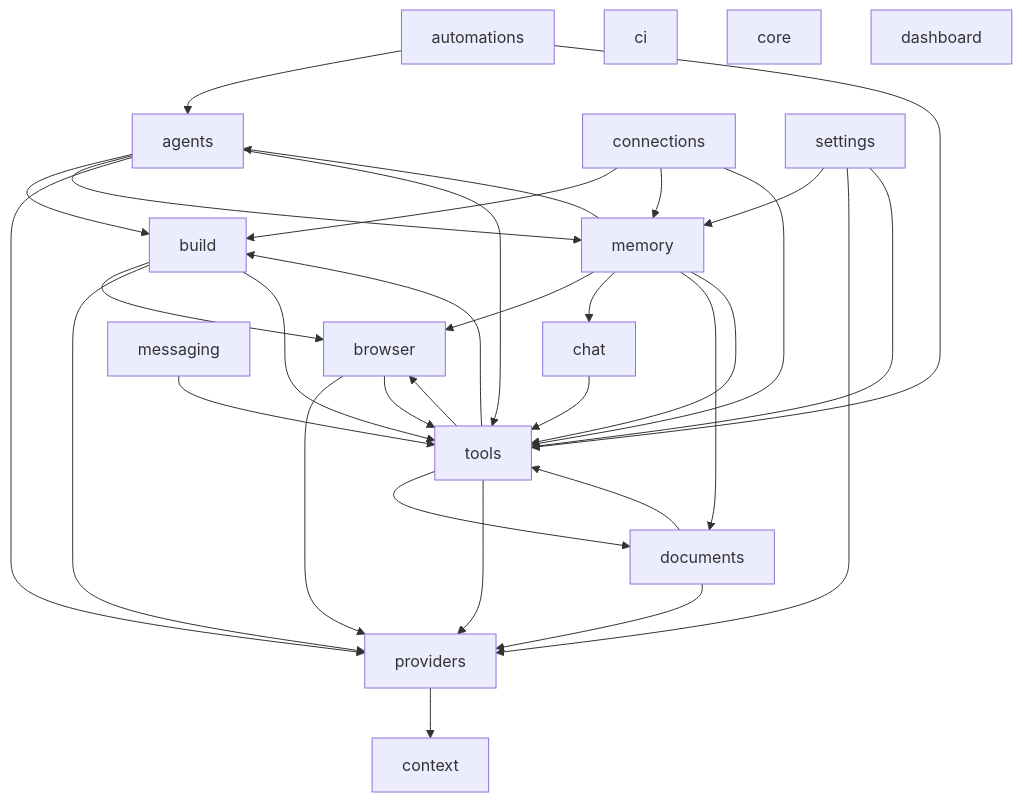
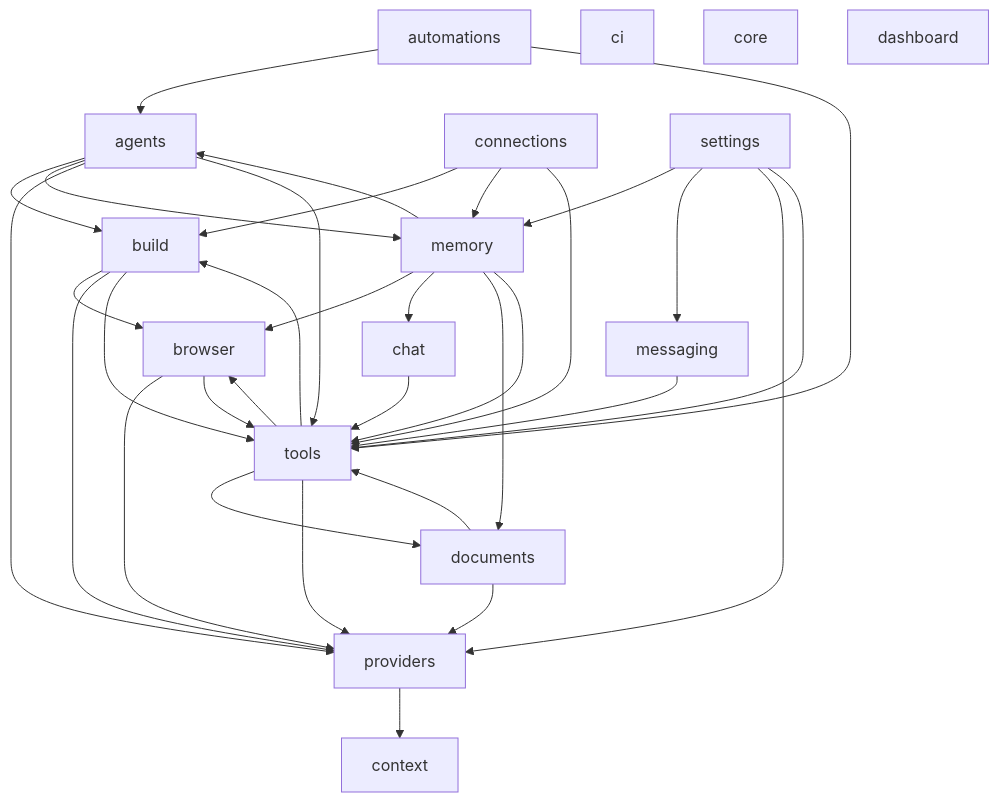
One commit to RealDealCPA-VR/Iron-Jarvis changed the second of 2 diagrams in docs/DEPENDENCIES.md. Above: the diagram before and after it, drawn with Mermaid. The commit also changed other lines of this file and 46 other files, not shown here.

````diff
--- a/docs/DEPENDENCIES.md
+++ b/docs/DEPENDENCIES.md
@@ -53,50 +53,51 @@
 ```mermaid
 flowchart TD
   agents["agents"]
   automations["automations"]
   browser["browser"]
   build["build"]
   chat["chat"]
   ci["ci"]
   connections["connections"]
   context["context"]
   core["core"]
   dashboard["dashboard"]
   documents["documents"]
   memory["memory"]
   messaging["messaging"]
   providers["providers"]
   settings["settings"]
   tools["tools"]
   agents --> build
   agents --> memory
   agents --> providers
   agents --> tools
   automations --> agents
   automations --> tools
   browser --> providers
   browser --> tools
   build --> browser
   build --> providers
   build --> tools
   chat --> tools
   connections --> build
   connections --> memory
   connections --> tools
   documents --> providers
   documents --> tools
   memory --> agents
   memory --> browser
   memory --> chat
   memory --> documents
   memory --> tools
   messaging --> tools
   providers --> context
   settings --> memory
+  settings --> messaging
   settings --> providers
   settings --> tools
   tools --> browser
   tools --> build
   tools --> documents
   tools --> providers
 ```
````
